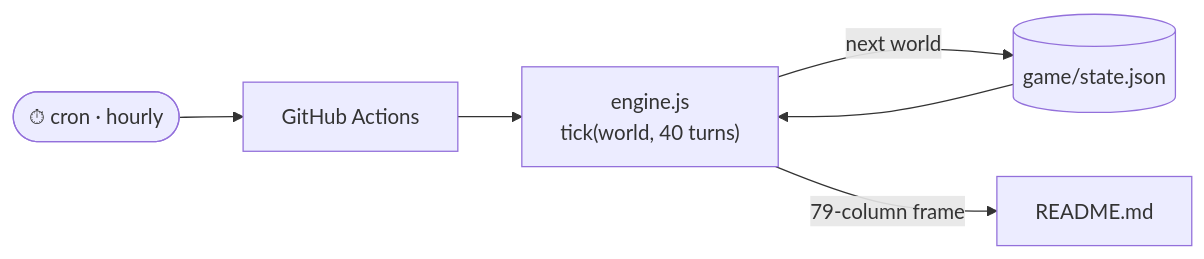
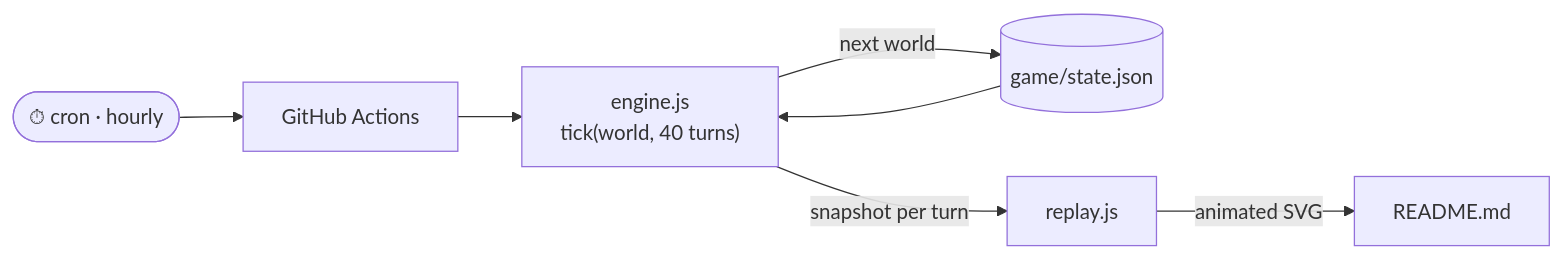
The diagram in README.md (abhrajyoti-01/abhrajyoti-01), drawn with Mermaid before and after one commit. The commit also changed other lines of this file and 5 other files, not shown here.

````diff
--- a/README.md
+++ b/README.md
@@ -94,8 +94,9 @@
 ```mermaid
 flowchart LR
     cron(["⏱ cron · hourly"]) --> job["GitHub Actions"]
     state[("game/state.json")] --> engine["engine.js<br/>tick(world, 40 turns)"]
     job --> engine
     engine -->|next world| state
-    engine -->|79-column frame| readme["README.md"]
+    engine -->|snapshot per turn| replay["replay.js"]
+    replay -->|animated SVG| readme["README.md"]
 ```
````
